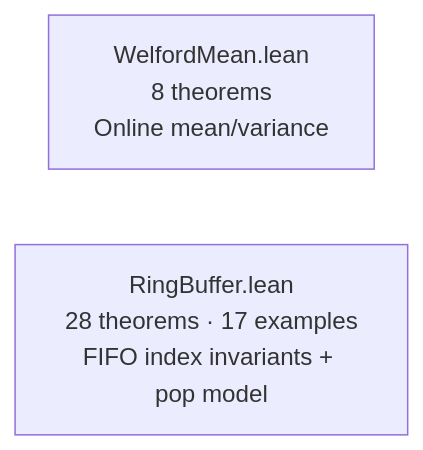
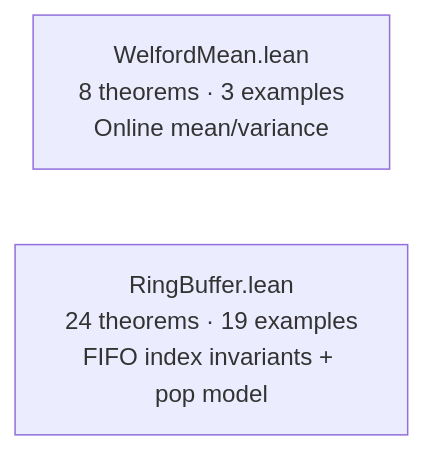
The sixth of 11 diagrams in formal-verification/REPORT.md (dsyme/PX4-Autopilot), drawn with Mermaid before and after one commit. The commit also changed other lines of this file and 3 other files, not shown here.

````diff
--- a/formal-verification/REPORT.md
+++ b/formal-verification/REPORT.md
@@ -129,5 +144,5 @@
 ```mermaid
 graph LR
-    WM["WelfordMean.lean<br/>8 theorems<br/>Online mean/variance"]
-    RB["RingBuffer.lean<br/>28 theorems · 17 examples<br/>FIFO index invariants + pop model"]
+    WM["WelfordMean.lean<br/>8 theorems · 3 examples<br/>Online mean/variance"]
+    RB["RingBuffer.lean<br/>24 theorems · 19 examples<br/>FIFO index invariants + pop model"]
 ```
````
